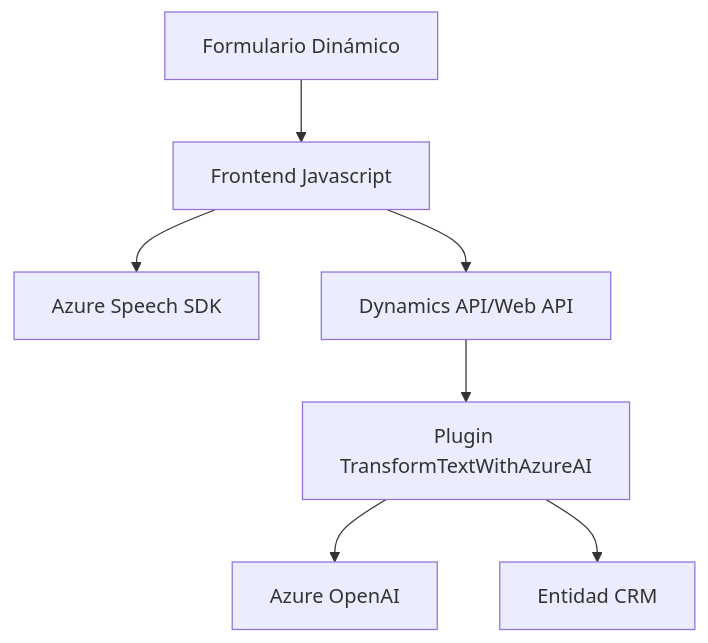
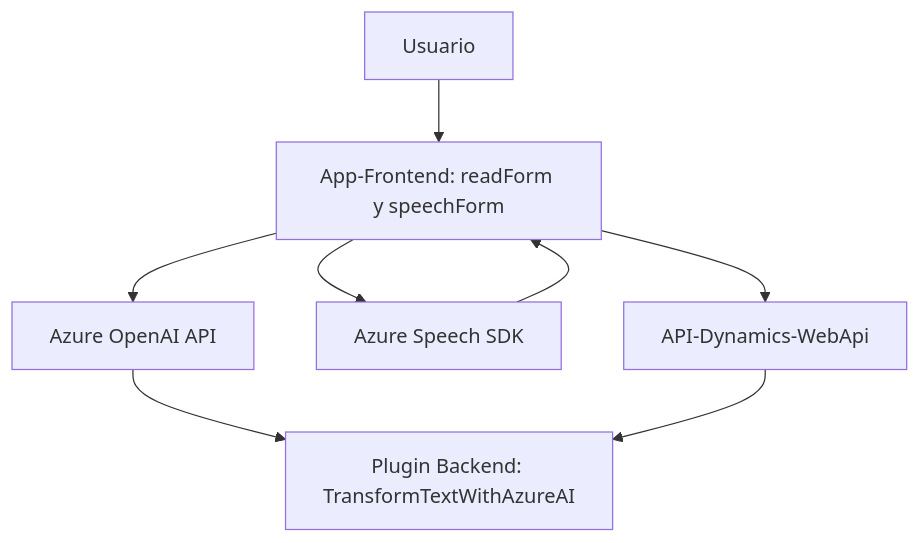
The diagram in README.md (blopezdm/NETCORE_BILBAO2025), drawn with Mermaid before and after one commit. The commit also changed other lines of this file, not shown here.

````diff
--- a/README.md
+++ b/README.md
@@ -27,17 +45,17 @@
 ```mermaid
 graph TD
-    A["Frontend Javascript"]
-    B["Azure Speech SDK"]
-    C["Dynamics API/Web API"]
-    D["Plugin TransformTextWithAzureAI"]
-    E["Azure OpenAI"]
-    F["Formulario Dinámico"]
-    G["Entidad CRM"]
+    A["Usuario"]
+    B["App-Frontend: readForm y speechForm"]
+    C["API-Dynamics-WebApi"]
+    D["Azure Speech SDK"]
+    E["Azure OpenAI API"]
+    F["Plugin Backend: TransformTextWithAzureAI"]
 
-    F --> A
     A --> B
-    A --> C
-    C --> D
-    D --> E
-    D --> G
+    B --> D
+    B --> C
+    D --> B
+    B --> E
+    E --> F
+    C --> F
 ```
````
